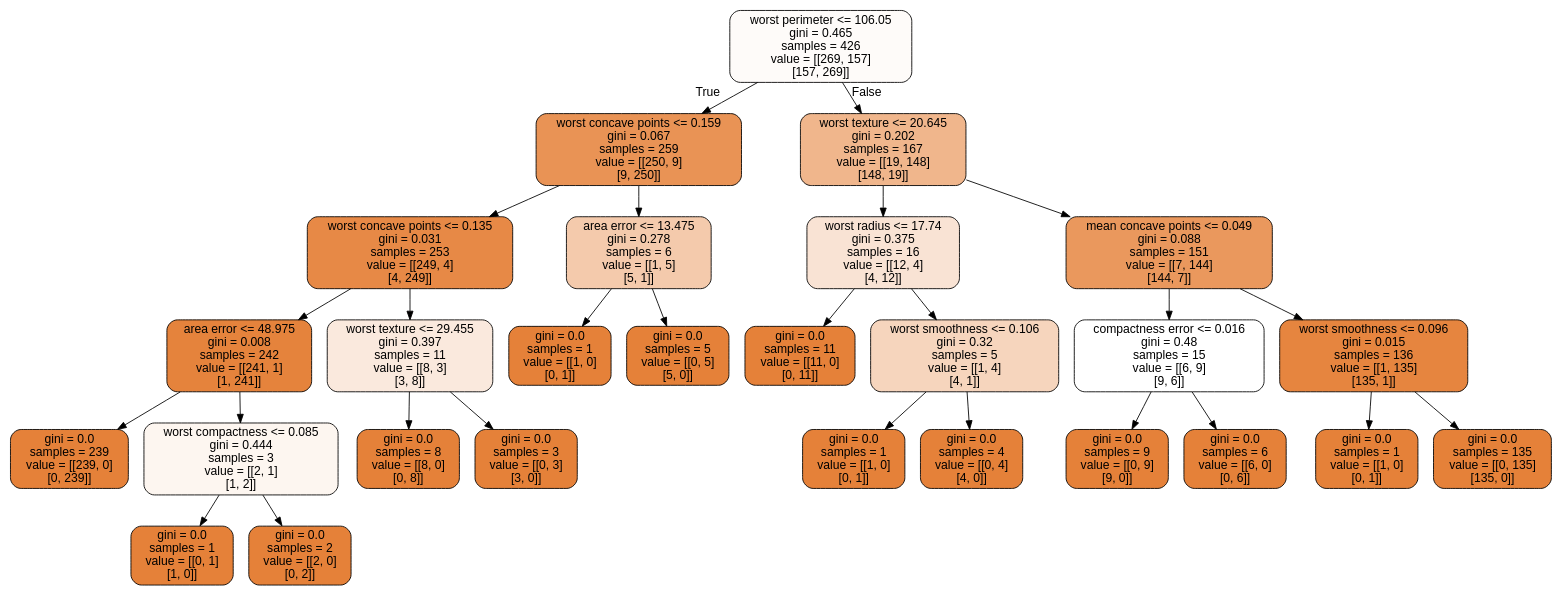
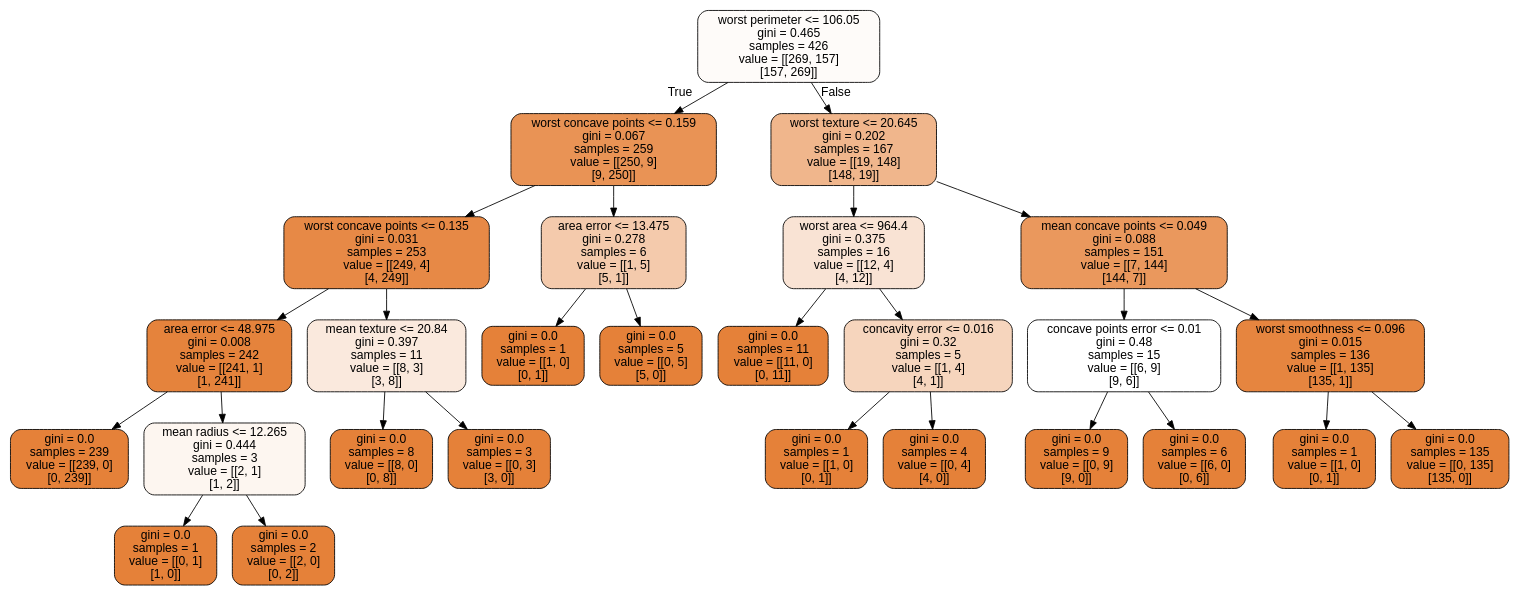
The diagram in doc/LectureNotes/DataFiles/cancer.dot (CompPhysics/MachineLearning), drawn with Graphviz before and after one commit. The commit also changed 102 other files, not shown here.

```diff
--- a/doc/LectureNotes/DataFiles/cancer.dot
+++ b/doc/LectureNotes/DataFiles/cancer.dot
@@ -1,57 +1,57 @@
 digraph Tree {
 node [shape=box, style="filled, rounded", color="black", fontname="helvetica"] ;
 edge [fontname="helvetica"] ;
 0 [label="worst perimeter <= 106.05\ngini = 0.465\nsamples = 426\nvalue = [[269, 157]\n[157, 269]]", fillcolor="#fefbf9"] ;
 1 [label="worst concave points <= 0.159\ngini = 0.067\nsamples = 259\nvalue = [[250, 9]\n[9, 250]]", fillcolor="#e99355"] ;
 0 -> 1 [labeldistance=2.5, labelangle=45, headlabel="True"] ;
 2 [label="worst concave points <= 0.135\ngini = 0.031\nsamples = 253\nvalue = [[249, 4]\n[4, 249]]", fillcolor="#e78946"] ;
 1 -> 2 ;
 3 [label="area error <= 48.975\ngini = 0.008\nsamples = 242\nvalue = [[241, 1]\n[1, 241]]", fillcolor="#e5833c"] ;
 2 -> 3 ;
 4 [label="gini = 0.0\nsamples = 239\nvalue = [[239, 0]\n[0, 239]]", fillcolor="#e58139"] ;
 3 -> 4 ;
-5 [label="worst compactness <= 0.085\ngini = 0.444\nsamples = 3\nvalue = [[2, 1]\n[1, 2]]", fillcolor="#fdf6f0"] ;
+5 [label="mean radius <= 12.265\ngini = 0.444\nsamples = 3\nvalue = [[2, 1]\n[1, 2]]", fillcolor="#fdf6f0"] ;
 3 -> 5 ;
 6 [label="gini = 0.0\nsamples = 1\nvalue = [[0, 1]\n[1, 0]]", fillcolor="#e58139"] ;
 5 -> 6 ;
 7 [label="gini = 0.0\nsamples = 2\nvalue = [[2, 0]\n[0, 2]]", fillcolor="#e58139"] ;
 5 -> 7 ;
-8 [label="worst texture <= 29.455\ngini = 0.397\nsamples = 11\nvalue = [[8, 3]\n[3, 8]]", fillcolor="#fae9dd"] ;
+8 [label="mean texture <= 20.84\ngini = 0.397\nsamples = 11\nvalue = [[8, 3]\n[3, 8]]", fillcolor="#fae9dd"] ;
 2 -> 8 ;
 9 [label="gini = 0.0\nsamples = 8\nvalue = [[8, 0]\n[0, 8]]", fillcolor="#e58139"] ;
 8 -> 9 ;
 10 [label="gini = 0.0\nsamples = 3\nvalue = [[0, 3]\n[3, 0]]", fillcolor="#e58139"] ;
 8 -> 10 ;
 11 [label="area error <= 13.475\ngini = 0.278\nsamples = 6\nvalue = [[1, 5]\n[5, 1]]", fillcolor="#f4caac"] ;
 1 -> 11 ;
 12 [label="gini = 0.0\nsamples = 1\nvalue = [[1, 0]\n[0, 1]]", fillcolor="#e58139"] ;
 11 -> 12 ;
 13 [label="gini = 0.0\nsamples = 5\nvalue = [[0, 5]\n[5, 0]]", fillcolor="#e58139"] ;
 11 -> 13 ;
 14 [label="worst texture <= 20.645\ngini = 0.202\nsamples = 167\nvalue = [[19, 148]\n[148, 19]]", fillcolor="#f0b68c"] ;
 0 -> 14 [labeldistance=2.5, labelangle=-45, headlabel="False"] ;
-15 [label="worst radius <= 17.74\ngini = 0.375\nsamples = 16\nvalue = [[12, 4]\n[4, 12]]", fillcolor="#f9e3d4"] ;
+15 [label="worst area <= 964.4\ngini = 0.375\nsamples = 16\nvalue = [[12, 4]\n[4, 12]]", fillcolor="#f9e3d4"] ;
 14 -> 15 ;
 16 [label="gini = 0.0\nsamples = 11\nvalue = [[11, 0]\n[0, 11]]", fillcolor="#e58139"] ;
 15 -> 16 ;
-17 [label="worst smoothness <= 0.106\ngini = 0.32\nsamples = 5\nvalue = [[1, 4]\n[4, 1]]", fillcolor="#f6d5bd"] ;
+17 [label="concavity error <= 0.016\ngini = 0.32\nsamples = 5\nvalue = [[1, 4]\n[4, 1]]", fillcolor="#f6d5bd"] ;
 15 -> 17 ;
 18 [label="gini = 0.0\nsamples = 1\nvalue = [[1, 0]\n[0, 1]]", fillcolor="#e58139"] ;
 17 -> 18 ;
 19 [label="gini = 0.0\nsamples = 4\nvalue = [[0, 4]\n[4, 0]]", fillcolor="#e58139"] ;
 17 -> 19 ;
 20 [label="mean concave points <= 0.049\ngini = 0.088\nsamples = 151\nvalue = [[7, 144]\n[144, 7]]", fillcolor="#ea985d"] ;
 14 -> 20 ;
-21 [label="compactness error <= 0.016\ngini = 0.48\nsamples = 15\nvalue = [[6, 9]\n[9, 6]]", fillcolor="#ffffff"] ;
+21 [label="concave points error <= 0.01\ngini = 0.48\nsamples = 15\nvalue = [[6, 9]\n[9, 6]]", fillcolor="#ffffff"] ;
 20 -> 21 ;
 22 [label="gini = 0.0\nsamples = 9\nvalue = [[0, 9]\n[9, 0]]", fillcolor="#e58139"] ;
 21 -> 22 ;
 23 [label="gini = 0.0\nsamples = 6\nvalue = [[6, 0]\n[0, 6]]", fillcolor="#e58139"] ;
 21 -> 23 ;
 24 [label="worst smoothness <= 0.096\ngini = 0.015\nsamples = 136\nvalue = [[1, 135]\n[135, 1]]", fillcolor="#e6853f"] ;
 20 -> 24 ;
 25 [label="gini = 0.0\nsamples = 1\nvalue = [[1, 0]\n[0, 1]]", fillcolor="#e58139"] ;
 24 -> 25 ;
 26 [label="gini = 0.0\nsamples = 135\nvalue = [[0, 135]\n[135, 0]]", fillcolor="#e58139"] ;
 24 -> 26 ;
 }
```
